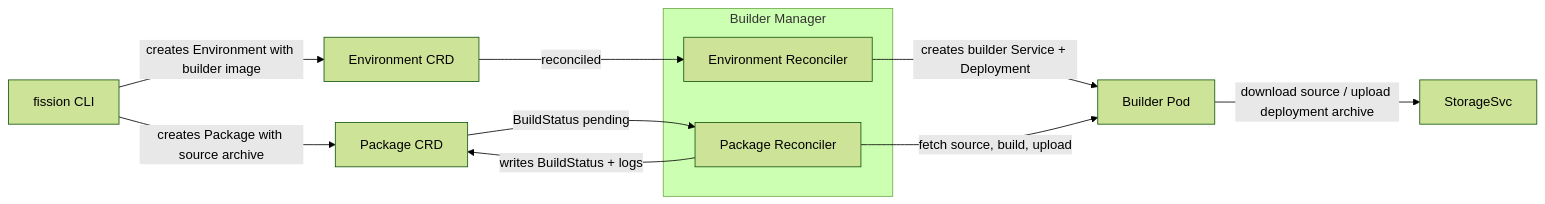
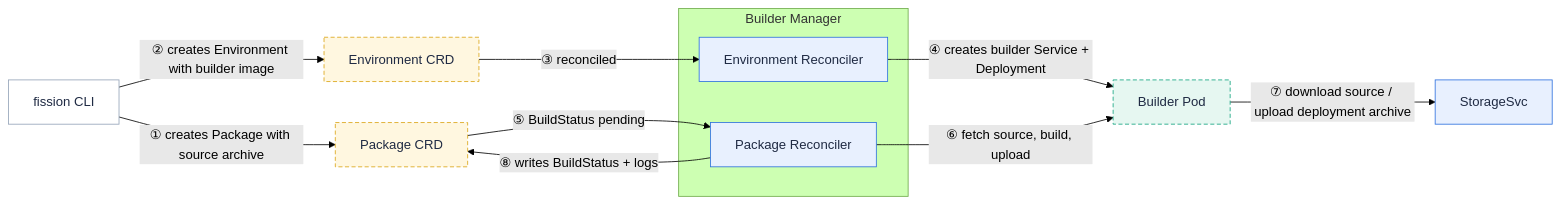
The diagram in content/en/docs/architecture/buildermgr.md (fission/fission.io), drawn with Mermaid (forest theme) before and after one commit. The commit also changed 30 other files, not shown here.

First line of the commit message:
Address PR feedback: zoomable diagrams, multi-color kit, centering, preview links

````diff
--- a/content/en/docs/architecture/buildermgr.md
+++ b/content/en/docs/architecture/buildermgr.md
@@ -21,15 +21,19 @@
 ```mermaid
 flowchart LR
-  user["fission CLI"] -->|"creates Package with source archive"| pkg["Package CRD"]
-  user -->|"creates Environment with builder image"| env["Environment CRD"]
+  user["fission CLI"]:::user -->|"① creates Package with source archive"| pkg["Package CRD"]:::store
+  user -->|"② creates Environment with builder image"| env["Environment CRD"]:::store
   subgraph bm["Builder Manager"]
-    envrec["Environment Reconciler"]
-    pkgrec["Package Reconciler"]
+    envrec["Environment Reconciler"]:::fission
+    pkgrec["Package Reconciler"]:::fission
   end
-  env -->|"reconciled"| envrec
-  envrec -->|"creates builder Service + Deployment"| pod["Builder Pod"]
-  pkg -->|"BuildStatus pending"| pkgrec
-  pkgrec -->|"fetch source, build, upload"| pod
-  pod -->|"download source / upload deployment archive"| storage["StorageSvc"]
-  pkgrec -->|"writes BuildStatus + logs"| pkg
+  env -->|"③ reconciled"| envrec
+  envrec -->|"④ creates builder Service + Deployment"| pod["Builder Pod"]:::pod
+  pkg -->|"⑤ BuildStatus pending"| pkgrec
+  pkgrec -->|"⑥ fetch source, build, upload"| pod
+  pod -->|"⑦ download source / upload deployment archive"| storage["StorageSvc"]:::fission
+  pkgrec -->|"⑧ writes BuildStatus + logs"| pkg
+  classDef user fill:#ffffff,stroke:#94a3b8,color:#1f2a43
+  classDef fission fill:#e8f0fe,stroke:#2d70de,color:#1f2a43
+  classDef pod fill:#e6f7f1,stroke:#11a37f,color:#1f2a43,stroke-dasharray:5 3
+  classDef store fill:#fff7e0,stroke:#dba514,color:#1f2a43,stroke-dasharray:5 3
 ```
````
